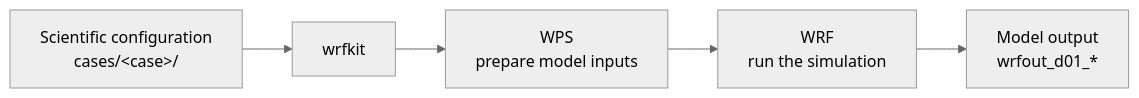
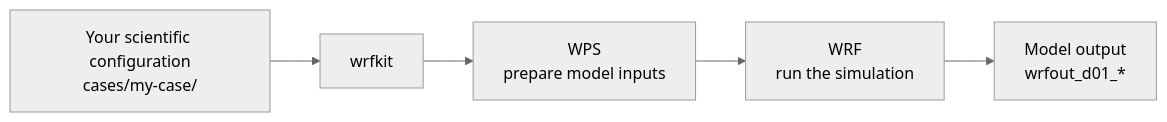
The diagram in docs/index.md (YONGHUNI/wrfkit), drawn with Mermaid (neutral theme) before and after one commit. The commit also changed other lines of this file, not shown here.

````diff
--- a/docs/index.md
+++ b/docs/index.md
@@ -61,10 +61,10 @@
 ```mermaid
 flowchart LR
-    A["Scientific configuration<br/>cases/&lt;case&gt;/"]
+    A["Your scientific configuration<br/>cases/my-case/"]
     B["wrfkit"]
     C["WPS<br/>prepare model inputs"]
     D["WRF<br/>run the simulation"]
     E["Model output<br/>wrfout_d01_*"]
 
     A --> B --> C --> D --> E
 ```
````
